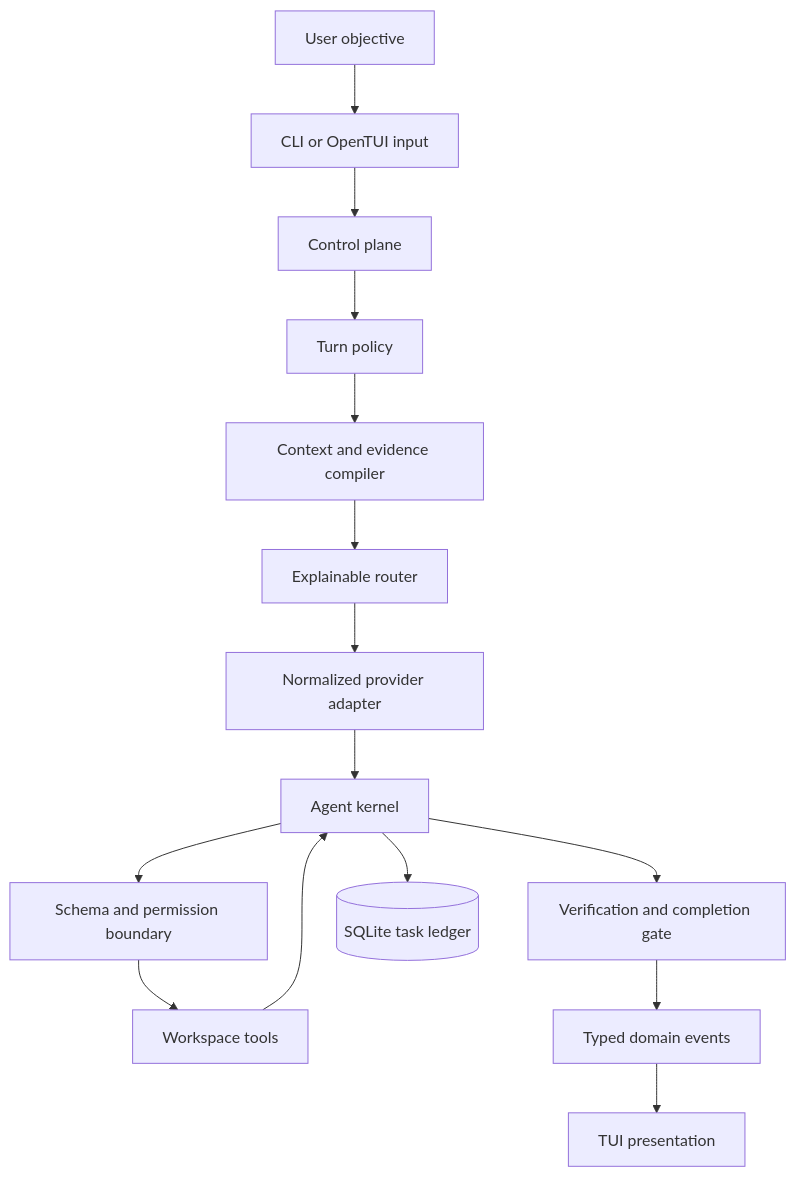
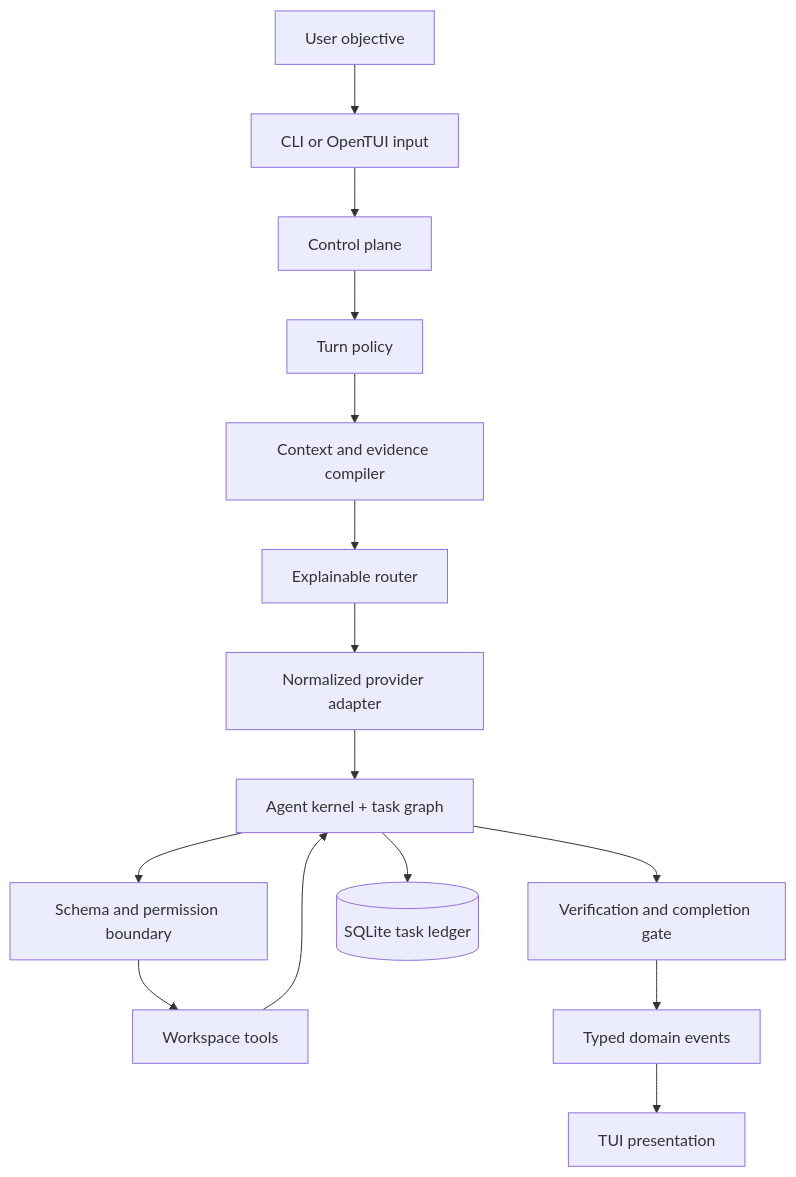
Before and after one commit to yosoyjavieruiz/ShelraCode: the diagram in README.md, drawn with Mermaid. The commit also changed other lines of this file and 76 other files, not shown here.

````diff
--- a/README.md
+++ b/README.md
@@ -184,17 +188,17 @@
 ```mermaid
 flowchart TD
     U[User objective] --> I[CLI or OpenTUI input]
     I --> C[Control plane]
     C --> P[Turn policy]
     P --> X[Context and evidence compiler]
     X --> R[Explainable router]
     R --> A[Normalized provider adapter]
-    A --> K[Agent kernel]
+    A --> K[Agent kernel + task graph]
     K --> G[Schema and permission boundary]
     G --> T[Workspace tools]
     T --> K
     K --> V[Verification and completion gate]
     V --> E[Typed domain events]
     E --> UI[TUI presentation]
     K --> DB[(SQLite task ledger)]
 ```
````
